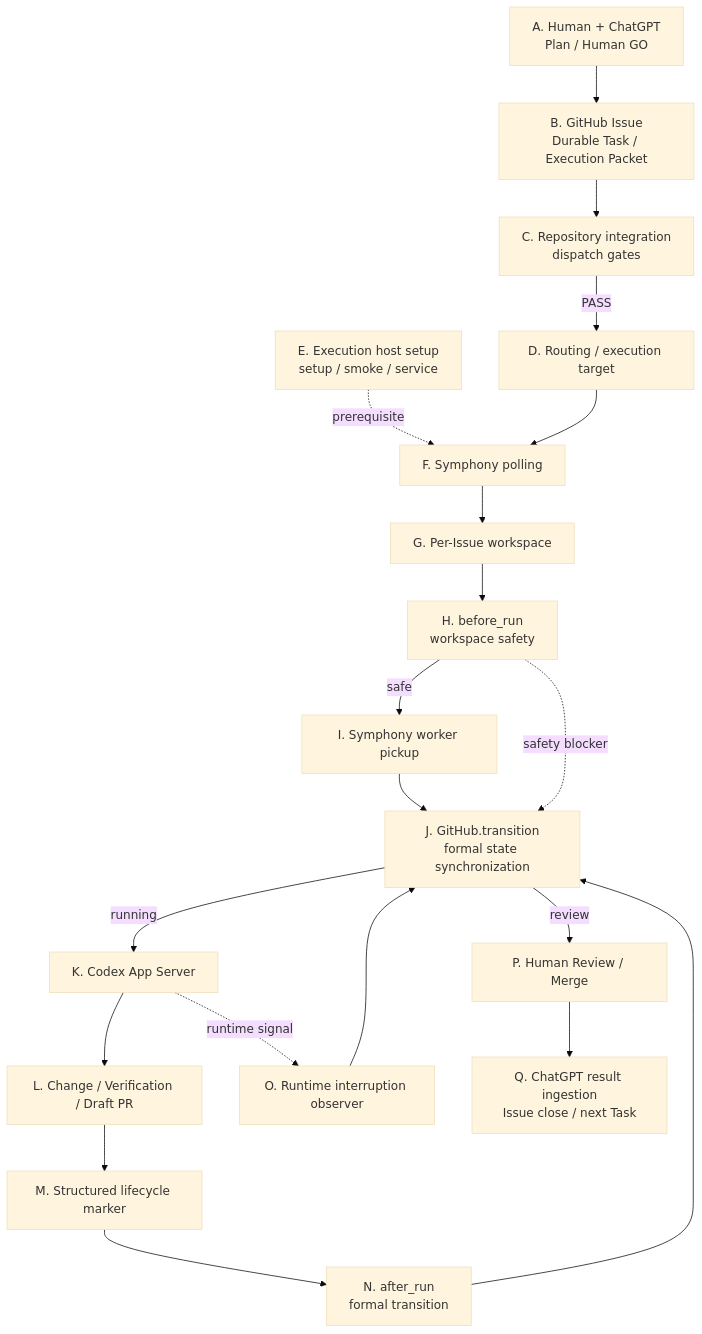
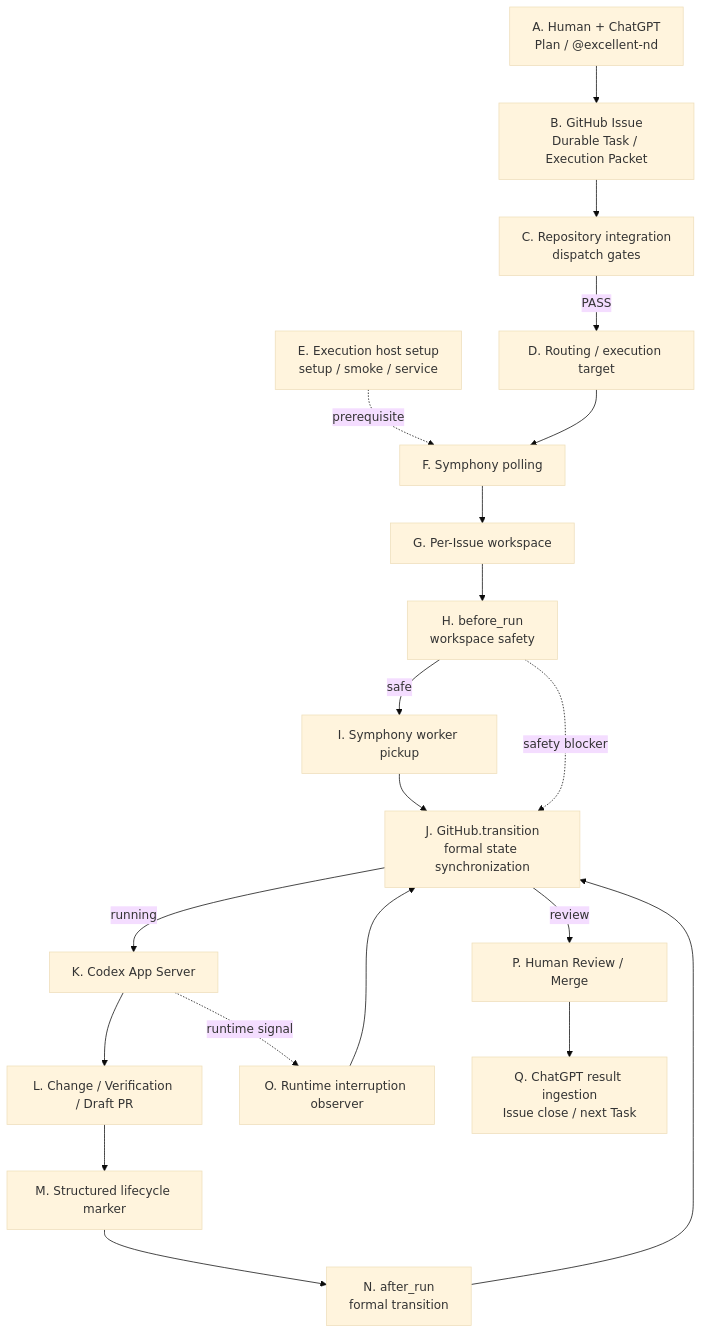
Before and after one commit to excellent-tech/Excellent-Nd: the first of 3 diagrams in docs/runtime-architecture.en.md, drawn with Mermaid (base theme). The commit also changed other lines of this file, not shown here.

Commit message:
docs: align explicit mention dispatch semantics (runtime-architecture.en.md)

````diff
--- a/docs/runtime-architecture.en.md
+++ b/docs/runtime-architecture.en.md
@@ -42,39 +42,39 @@
 ```mermaid
 flowchart TD
-    A["A. Human + ChatGPT<br/>Plan / Human GO"] --> B["B. GitHub Issue<br/>Durable Task / Execution Packet"]
+    A["A. Human + ChatGPT<br/>Plan / @excellent-nd"] --> B["B. GitHub Issue<br/>Durable Task / Execution Packet"]
     B --> C["C. Repository integration<br/>dispatch gates"]
     C -->|PASS| D["D. Routing / execution target"]
     E["E. Execution host setup<br/>setup / smoke / service"] -. prerequisite .-> F["F. Symphony polling"]
     D --> F
     F --> G["G. Per-Issue workspace"]
     G --> H["H. before_run<br/>workspace safety"]
     H -->|safe| I["I. Symphony worker pickup"]
     I --> J["J. GitHub.transition<br/>formal state synchronization"]
     J -->|running| K["K. Codex App Server"]
     K --> L["L. Change / Verification / Draft PR"]
     L --> M["M. Structured lifecycle marker"]
     M --> N["N. after_run<br/>formal transition"]
     N --> J
     K -. runtime signal .-> O["O. Runtime interruption observer"]
     O --> J
     H -. safety blocker .-> J
     J -->|review| P["P. Human Review / Merge"]
     P --> Q["Q. ChatGPT result ingestion<br/>Issue close / next Task"]
     click A href "https://github.com/excellent-tech/Excellent-Nd/blob/docs/beginner-runtime-guide/docs/runtime-architecture.en.md#node-a" "Node A details" _top
     click B href "https://github.com/excellent-tech/Excellent-Nd/blob/docs/beginner-runtime-guide/docs/runtime-architecture.en.md#node-b" "Node B details" _top
     click C href "https://github.com/excellent-tech/Excellent-Nd/blob/docs/beginner-runtime-guide/docs/runtime-architecture.en.md#node-c" "Node C details" _top
     click D href "https://github.com/excellent-tech/Excellent-Nd/blob/docs/beginner-runtime-guide/docs/runtime-architecture.en.md#node-d" "Node D details" _top
     click E href "https://github.com/excellent-tech/Excellent-Nd/blob/docs/beginner-runtime-guide/docs/runtime-architecture.en.md#node-e" "Node E details" _top
     click F href "https://github.com/excellent-tech/Excellent-Nd/blob/docs/beginner-runtime-guide/docs/runtime-architecture.en.md#node-f" "Node F details" _top
     click G href "https://github.com/excellent-tech/Excellent-Nd/blob/docs/beginner-runtime-guide/docs/runtime-architecture.en.md#node-g" "Node G details" _top
     click H href "https://github.com/excellent-tech/Excellent-Nd/blob/docs/beginner-runtime-guide/docs/runtime-architecture.en.md#node-h" "Node H details" _top
     click I href "https://github.com/excellent-tech/Excellent-Nd/blob/docs/beginner-runtime-guide/docs/runtime-architecture.en.md#node-i" "Node I details" _top
     click J href "https://github.com/excellent-tech/Excellent-Nd/blob/docs/beginner-runtime-guide/docs/runtime-architecture.en.md#node-j" "Node J details" _top
     click K href "https://github.com/excellent-tech/Excellent-Nd/blob/docs/beginner-runtime-guide/docs/runtime-architecture.en.md#node-k" "Node K details" _top
     click L href "https://github.com/excellent-tech/Excellent-Nd/blob/docs/beginner-runtime-guide/docs/runtime-architecture.en.md#node-l" "Node L details" _top
     click M href "https://github.com/excellent-tech/Excellent-Nd/blob/docs/beginner-runtime-guide/docs/runtime-architecture.en.md#node-m" "Node M details" _top
     click N href "https://github.com/excellent-tech/Excellent-Nd/blob/docs/beginner-runtime-guide/docs/runtime-architecture.en.md#node-n" "Node N details" _top
     click O href "https://github.com/excellent-tech/Excellent-Nd/blob/docs/beginner-runtime-guide/docs/runtime-architecture.en.md#node-o" "Node O details" _top
     click P href "https://github.com/excellent-tech/Excellent-Nd/blob/docs/beginner-runtime-guide/docs/runtime-architecture.en.md#node-p" "Node P details" _top
     click Q href "https://github.com/excellent-tech/Excellent-Nd/blob/docs/beginner-runtime-guide/docs/runtime-architecture.en.md#node-q" "Node Q details" _top
 ```
````
